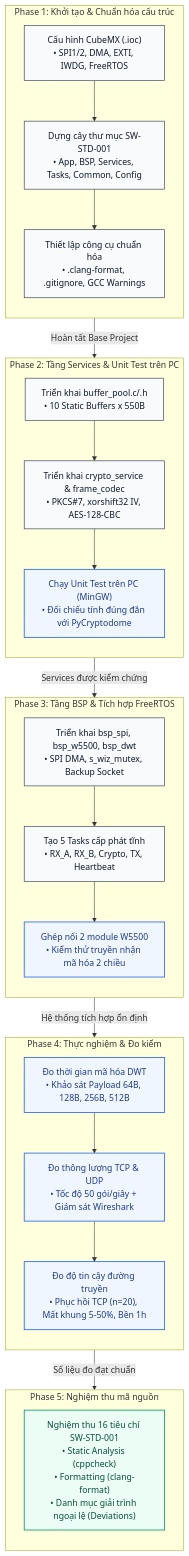
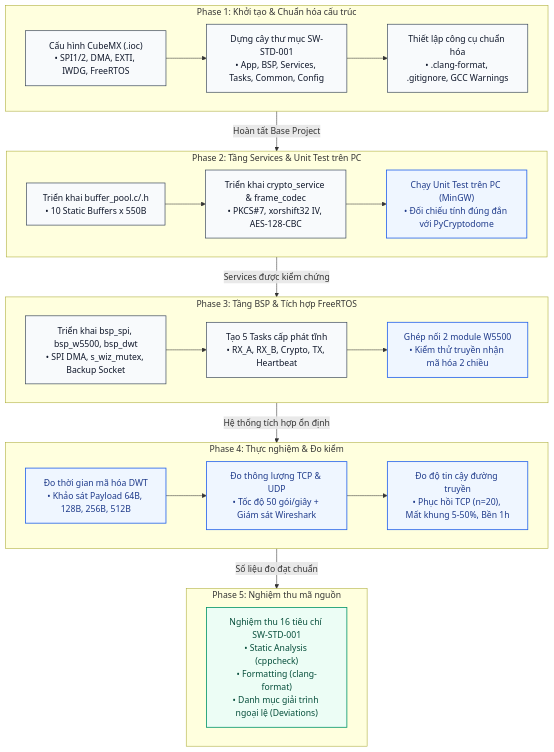
Before and after one commit to Draconic211/Secure_Gateway_AES128_STM32: the first of 2 diagrams in README.md, drawn with Mermaid.

Commit message:
Change flowchart direction to left-right
Updated flowchart direction from TB to LR for all phases.

````diff
--- a/README.md
+++ b/README.md
@@ -7,44 +7,56 @@
 ```mermaid
 flowchart TD
+    %% =============================================================
+    %% STYLING / PALETTE (Tối ưu Dark/Light Mode)
+    %% =============================================================
     classDef stepClass      fill:#F8FAFC,stroke:#334155,stroke-width:1.2px,color:#0F172A;
     classDef highlightClass fill:#EFF6FF,stroke:#2563EB,stroke-width:1.5px,color:#1E3A8A;
     classDef finalizeClass  fill:#ECFDF5,stroke:#059669,stroke-width:1.5px,color:#064E3B;
 
+    %% =============================================================
+    %% CÁC GIAI ĐOẠN TRIỂN KHAI (DÀN HÀNG NGANG BÊN TRONG MỖI PHASE)
+    %% =============================================================
     subgraph G1["Phase 1: Khởi tạo & Chuẩn hóa cấu trúc"]
-        direction TB
+        direction LR
         A1["Cấu hình CubeMX (.ioc)<br/>• SPI1/2, DMA, EXTI, IWDG, FreeRTOS"] --> A2["Dựng cây thư mục SW-STD-001<br/>• App, BSP, Services, Tasks, Common, Config"]
         A2 --> A3["Thiết lập công cụ chuẩn hóa<br/>• .clang-format, .gitignore, GCC Warnings"]
     end
 
     subgraph G2["Phase 2: Tầng Services & Unit Test trên PC"]
-        direction TB
+        direction LR
         B1["Triển khai buffer_pool.c/.h<br/>• 10 Static Buffers x 550B"] --> B2["Triển khai crypto_service & frame_codec<br/>• PKCS#7, xorshift32 IV, AES-128-CBC"]
         B2 --> B3["Chạy Unit Test trên PC (MinGW)<br/>• Đối chiếu tính đúng đắn với PyCryptodome"]
     end
 
     subgraph G3["Phase 3: Tầng BSP & Tích hợp FreeRTOS"]
-        direction TB
+        direction LR
         C1["Triển khai bsp_spi, bsp_w5500, bsp_dwt<br/>• SPI DMA, s_wiz_mutex, Backup Socket"] --> C2["Tạo 5 Tasks cấp phát tĩnh<br/>• RX_A, RX_B, Crypto, TX, Heartbeat"]
         C2 --> C3["Ghép nối 2 module W5500<br/>• Kiểm thử truyền nhận mã hóa 2 chiều"]
     end
 
     subgraph G4["Phase 4: Thực nghiệm & Đo kiểm"]
-        direction TB
+        direction LR
         D1["Đo thời gian mã hóa DWT<br/>• Khảo sát Payload 64B, 128B, 256B, 512B"] --> D2["Đo thông lượng TCP & UDP<br/>• Tốc độ 50 gói/giây + Giám sát Wireshark"]
         D2 --> D3["Đo độ tin cậy đường truyền<br/>• Phục hồi TCP (n=20), Mất khung 5-50%, Bền 1h"]
     end
 
     subgraph G5["Phase 5: Nghiệm thu mã nguồn"]
-        direction TB
+        direction LR
         E1["Nghiệm thu 16 tiêu chí SW-STD-001<br/>• Static Analysis (cppcheck)<br/>• Formatting (clang-format)<br/>• Danh mục giải trình ngoại lệ (Deviations)"]
     end
 
+    %% =============================================================
+    %% LIÊN KẾT TUẦN TỰ GIỮA CÁC GIAI ĐOẠN
+    %% =============================================================
     G1 -->|"Hoàn tất Base Project"| G2
     G2 -->|"Services được kiểm chứng"| G3
     G3 -->|"Hệ thống tích hợp ổn định"| G4
     G4 -->|"Số liệu đo đạt chuẩn"| G5
 
+    %% =============================================================
+    %% GÁN CLASS STYLE
+    %% =============================================================
     class A1,A2,A3,B1,B2,C1,C2 stepClass;
     class B3,C3,D1,D2,D3 highlightClass;
     class E1 finalizeClass;
 ```
````
